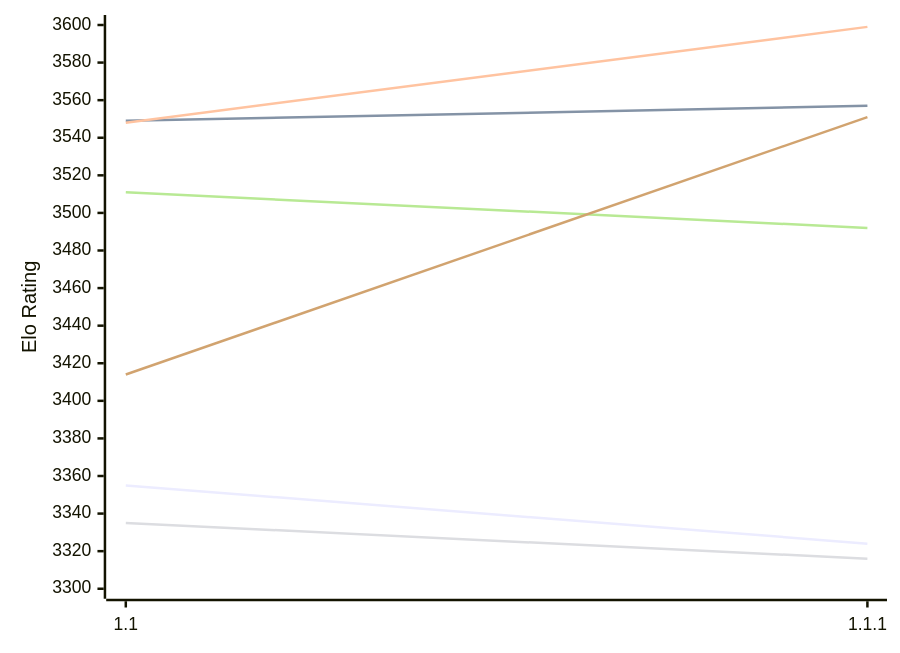
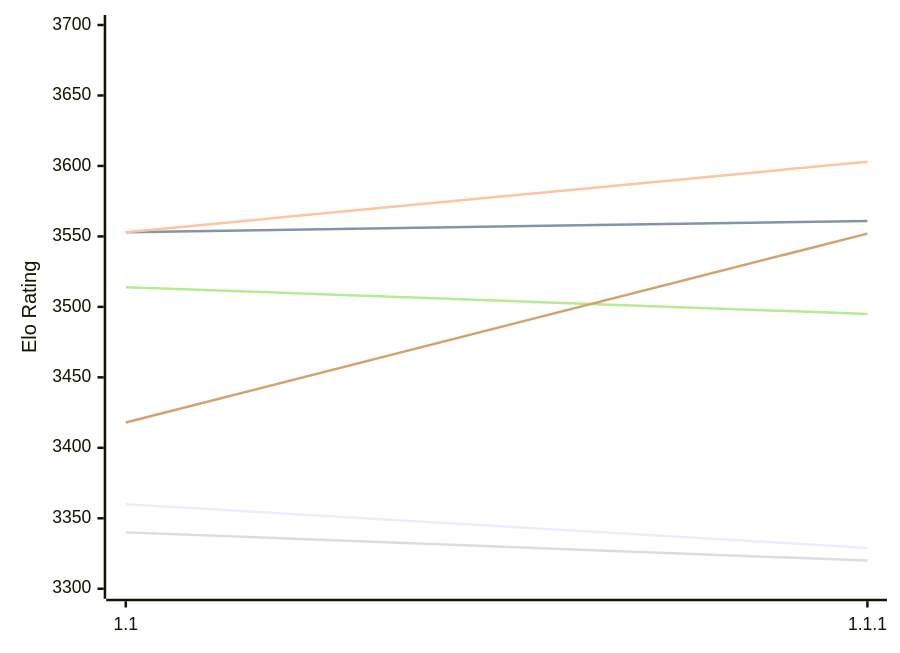
Before and after one commit to computer-chess-index/cci: the first of 2 diagrams in engines/Icarus.md, drawn with Mermaid. The commit also changed other lines of this file, not shown here.

Commit message:
Update CCI Ratings (ELO VLTC) - 2026-11-20

````diff
--- a/engines/Icarus.md
+++ b/engines/Icarus.md
@@ -51,12 +51,12 @@
 ```mermaid
 %%{init: {"theme":"base","themeVariables":{"seriesColors:['#a3a3a3','#222221','#faa371']}}}%%
 xychart-beta
   x-axis ["1.1", "1.1.1"]
-  y-axis "Elo Rating" 3300 --> 3600
-  line "E1: STC (8.0+0.08s)" [3355, 3324]
-  line "E1: LTC (60.0+0.60s)" [3549, 3557]
-  line "E1: VLTC (2m24s+1.12s)" [3548, 3599]
-  line "P1: STC (8.0+0.08s)" [3335, 3316]
-  line "P1: LTC (60.0+0.60s)" [3511, 3492]
-  line "P1: VLTC (2m24s+1.12s)" [3414, 3551]
+  y-axis "Elo Rating" 3300 --> 3700
+  line "E1: STC (8.0+0.08s)" [3360, 3329]
+  line "E1: LTC (60.0+0.60s)" [3553, 3561]
+  line "E1: VLTC (2m24s+1.12s)" [3553, 3603]
+  line "P1: STC (8.0+0.08s)" [3340, 3320]
+  line "P1: LTC (60.0+0.60s)" [3514, 3495]
+  line "P1: VLTC (2m24s+1.12s)" [3418, 3552]
 ```
````
